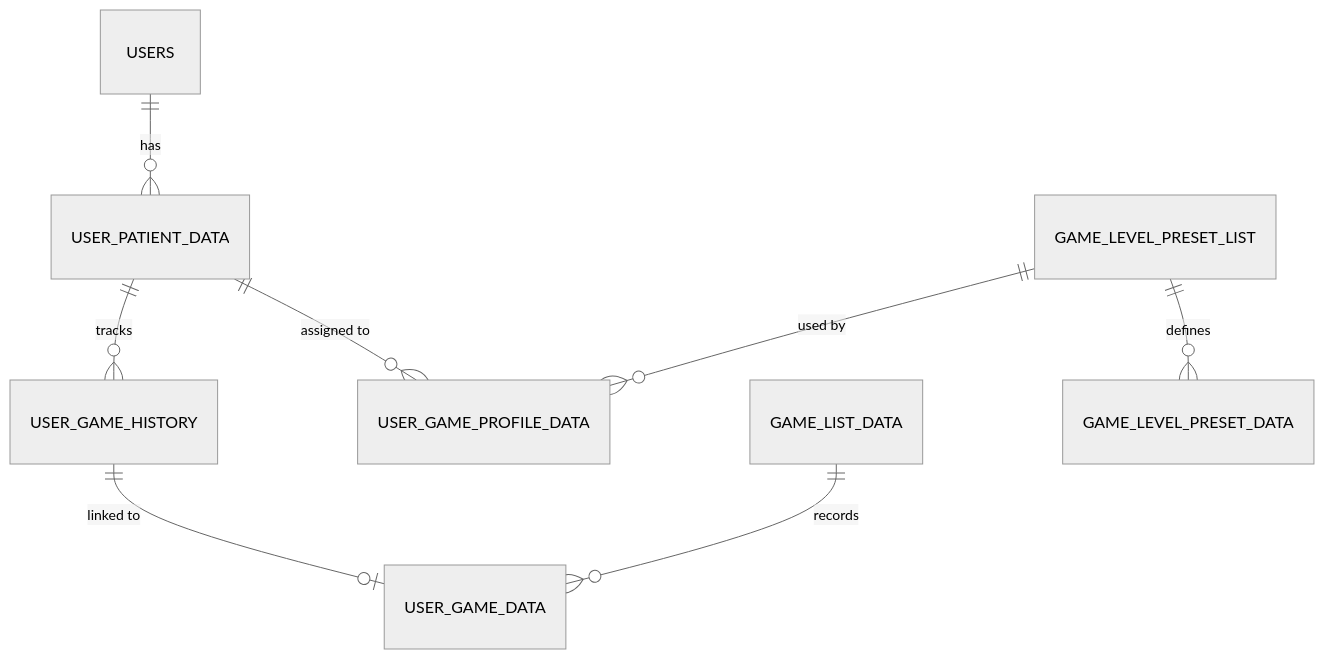
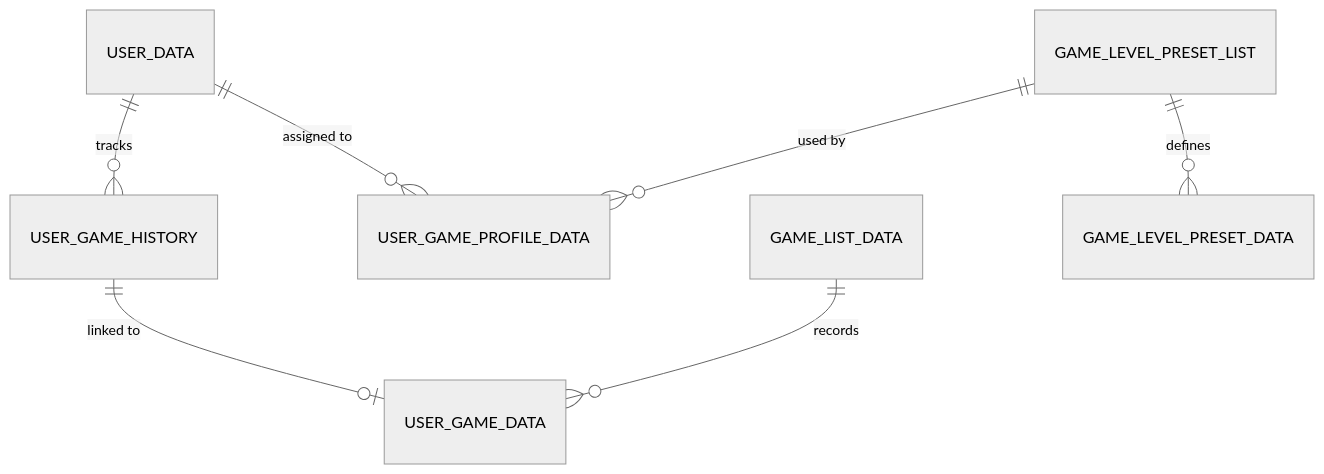
Before and after one commit to ChayutChanmueang/mci-cognitive-game-hub-dev-deploy: the first of 2 diagrams in docs/software/03-data-schema.md, drawn with Mermaid (neutral theme). The commit also changed other lines of this file and 8 other files, not shown here.

````diff
--- a/docs/software/03-data-schema.md
+++ b/docs/software/03-data-schema.md
@@ -11,10 +11,9 @@
 ```mermaid
 erDiagram
-    USERS ||--o{ USER_PATIENT_DATA : "has"
-    USER_PATIENT_DATA ||--o{ USER_GAME_HISTORY : "tracks"
-    USER_PATIENT_DATA ||--o{ USER_GAME_PROFILE_DATA : "assigned to"
+    USER_DATA ||--o{ USER_GAME_HISTORY : "tracks"
+    USER_DATA ||--o{ USER_GAME_PROFILE_DATA : "assigned to"
     USER_GAME_HISTORY ||--o| USER_GAME_DATA : "linked to"
     GAME_LIST_DATA ||--o{ USER_GAME_DATA : "records"
     GAME_LEVEL_PRESET_LIST ||--o{ GAME_LEVEL_PRESET_DATA : "defines"
     GAME_LEVEL_PRESET_LIST ||--o{ USER_GAME_PROFILE_DATA : "used by"
 ```
````
